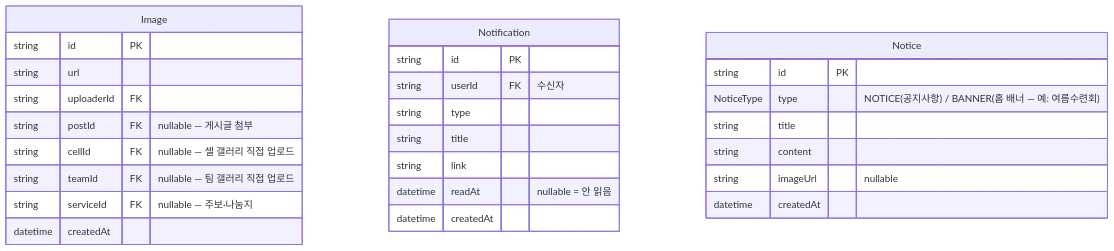
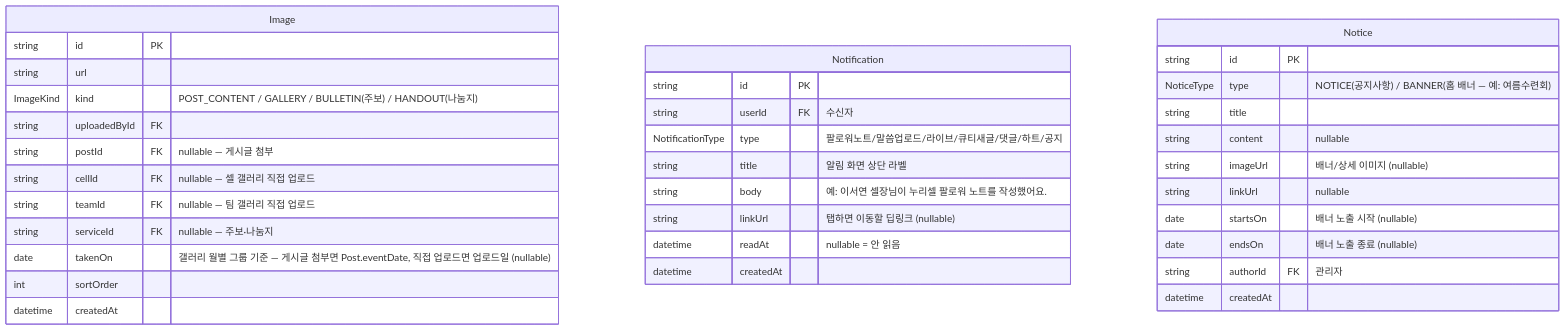
The fourth of 4 diagrams in docs/erd.md (Onnuri-church/onnuri-monorepo), drawn with Mermaid before and after one commit. The commit also changed other lines of this file and 15 other files, not shown here.

First line of the commit message:
SCRUM-123 feat: ERD 확정 반영 - Prisma 스키마 전환 및 로컬 DB 세팅

````diff
--- a/docs/erd.md
+++ b/docs/erd.md
@@ -247,32 +268,40 @@
 ```mermaid
 erDiagram
     Image {
         string id PK
         string url
-        string uploaderId FK
+        ImageKind kind "POST_CONTENT / GALLERY / BULLETIN(주보) / HANDOUT(나눔지)"
+        string uploadedById FK
         string postId FK "nullable — 게시글 첨부"
         string cellId FK "nullable — 셀 갤러리 직접 업로드"
         string teamId FK "nullable — 팀 갤러리 직접 업로드"
         string serviceId FK "nullable — 주보·나눔지"
+        date takenOn "갤러리 월별 그룹 기준 — 게시글 첨부면 Post.eventDate, 직접 업로드면 업로드일 (nullable)"
+        int sortOrder
         datetime createdAt
     }
 
     Notification {
         string id PK
         string userId FK "수신자"
-        string type
-        string title
-        string link
+        NotificationType type "팔로워노트/말씀업로드/라이브/큐티새글/댓글/하트/공지"
+        string title "알림 화면 상단 라벨"
+        string body "예: 이서연 셀장님이 누리셀 팔로워 노트를 작성했어요."
+        string linkUrl "탭하면 이동할 딥링크 (nullable)"
         datetime readAt "nullable = 안 읽음"
         datetime createdAt
     }
 
     Notice {
         string id PK
         NoticeType type "NOTICE(공지사항) / BANNER(홈 배너 — 예: 여름수련회)"
         string title
-        string content
-        string imageUrl "nullable"
+        string content "nullable"
+        string imageUrl "배너/상세 이미지 (nullable)"
+        string linkUrl "nullable"
+        date startsOn "배너 노출 시작 (nullable)"
+        date endsOn "배너 노출 종료 (nullable)"
+        string authorId FK "관리자"
         datetime createdAt
     }
 ```
````
